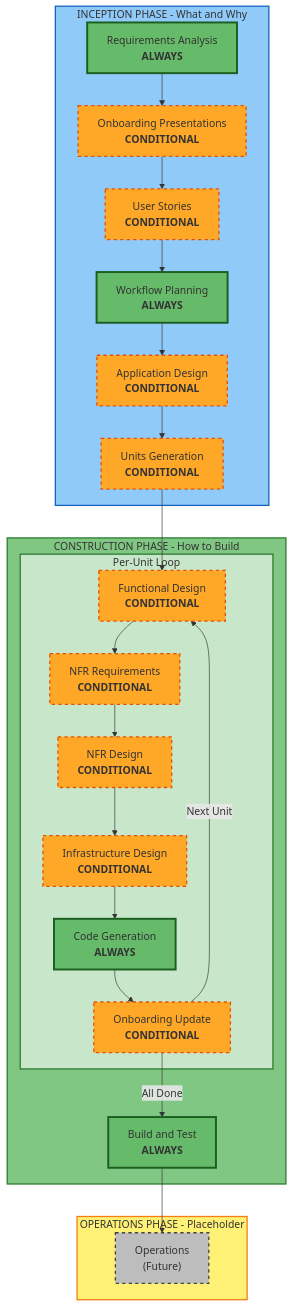
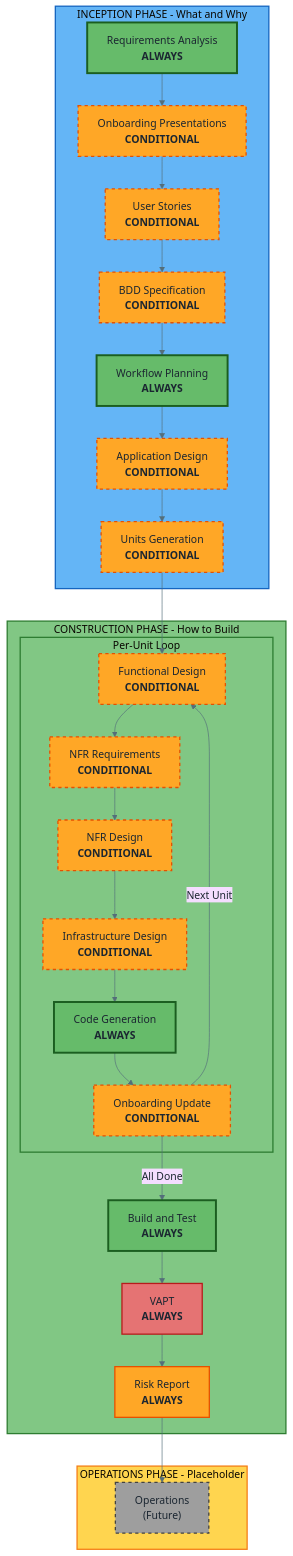
Before and after one commit to premkumarjanagarajan/fluid-flow-ai: diagram 18 of 26 in docs/WORKFLOW-FULL-DETAILED.md, drawn with Mermaid. The commit also changed other lines of this file, not shown here.

First line of the commit message:
Fix mermaid diagram colors for dark/light theme compatibility

````diff
--- a/docs/WORKFLOW-FULL-DETAILED.md
+++ b/docs/WORKFLOW-FULL-DETAILED.md
@@ -706,53 +786,61 @@
 ```mermaid
+%%{init: {'theme': 'base', 'themeVariables': {'primaryTextColor': '#1B2631', 'lineColor': '#546E7A', 'textColor': '#1B2631'}}}%%
 flowchart TD
     subgraph INCEPTION["INCEPTION PHASE - What and Why"]
         RA["Requirements Analysis<br/><b>ALWAYS</b>"]
         OP["Onboarding Presentations<br/><b>CONDITIONAL</b>"]
         US["User Stories<br/><b>CONDITIONAL</b>"]
+        BDD["BDD Specification<br/><b>CONDITIONAL</b>"]
         WP["Workflow Planning<br/><b>ALWAYS</b>"]
         AD["Application Design<br/><b>CONDITIONAL</b>"]
         UG["Units Generation<br/><b>CONDITIONAL</b>"]
-        RA --> OP --> US --> WP --> AD --> UG
+        RA --> OP --> US --> BDD --> WP --> AD --> UG
     end
 
     subgraph CONSTRUCTION["CONSTRUCTION PHASE - How to Build"]
         subgraph UNIT_LOOP["Per-Unit Loop"]
             FD["Functional Design<br/><b>CONDITIONAL</b>"]
             NR["NFR Requirements<br/><b>CONDITIONAL</b>"]
             ND["NFR Design<br/><b>CONDITIONAL</b>"]
             ID["Infrastructure Design<br/><b>CONDITIONAL</b>"]
             CG["Code Generation<br/><b>ALWAYS</b>"]
             OU["Onboarding Update<br/><b>CONDITIONAL</b>"]
             FD --> NR --> ND --> ID --> CG --> OU
         end
         BT["Build and Test<br/><b>ALWAYS</b>"]
+        VAPT["VAPT<br/><b>ALWAYS</b>"]
+        RR["Risk Report<br/><b>ALWAYS</b>"]
         OU -->|Next Unit| FD
         OU -->|All Done| BT
+        BT --> VAPT --> RR
     end
 
     subgraph OPERATIONS["OPERATIONS PHASE - Placeholder"]
         OPS["Operations<br/>(Future)"]
     end
 
     UG --> FD
-    BT --> OPS
+    RR --> OPS
 
-    style INCEPTION fill:#90CAF9,stroke:#1565C0,stroke-width:2px
+    style INCEPTION fill:#64B5F6,stroke:#1565C0,stroke-width:2px
     style CONSTRUCTION fill:#81C784,stroke:#2E7D32,stroke-width:2px
-    style OPERATIONS fill:#FFF176,stroke:#F57F17,stroke-width:2px
-    style UNIT_LOOP fill:#C8E6C9,stroke:#2E7D32,stroke-width:2px
+    style OPERATIONS fill:#FFD54F,stroke:#F57F17,stroke-width:2px
+    style UNIT_LOOP fill:#81C784,stroke:#2E7D32,stroke-width:2px
     style RA fill:#66BB6A,stroke:#1B5E20,stroke-width:3px
     style WP fill:#66BB6A,stroke:#1B5E20,stroke-width:3px
     style CG fill:#66BB6A,stroke:#1B5E20,stroke-width:3px
     style BT fill:#66BB6A,stroke:#1B5E20,stroke-width:3px
+    style VAPT fill:#E57373,stroke:#B71C1C,stroke-width:2px
+    style RR fill:#FFA726,stroke:#E65100,stroke-width:2px
     style OP fill:#FFA726,stroke:#E65100,stroke-width:2px,stroke-dasharray: 5 5
     style US fill:#FFA726,stroke:#E65100,stroke-width:2px,stroke-dasharray: 5 5
+    style BDD fill:#FFA726,stroke:#E65100,stroke-width:2px,stroke-dasharray: 5 5
     style AD fill:#FFA726,stroke:#E65100,stroke-width:2px,stroke-dasharray: 5 5
     style UG fill:#FFA726,stroke:#E65100,stroke-width:2px,stroke-dasharray: 5 5
     style FD fill:#FFA726,stroke:#E65100,stroke-width:2px,stroke-dasharray: 5 5
     style NR fill:#FFA726,stroke:#E65100,stroke-width:2px,stroke-dasharray: 5 5
     style ND fill:#FFA726,stroke:#E65100,stroke-width:2px,stroke-dasharray: 5 5
     style ID fill:#FFA726,stroke:#E65100,stroke-width:2px,stroke-dasharray: 5 5
     style OU fill:#FFA726,stroke:#E65100,stroke-width:2px,stroke-dasharray: 5 5
-    style OPS fill:#BDBDBD,stroke:#424242,stroke-width:2px,stroke-dasharray: 5 5
+    style OPS fill:#9E9E9E,stroke:#424242,stroke-width:2px,stroke-dasharray: 5 5
 ```
````
